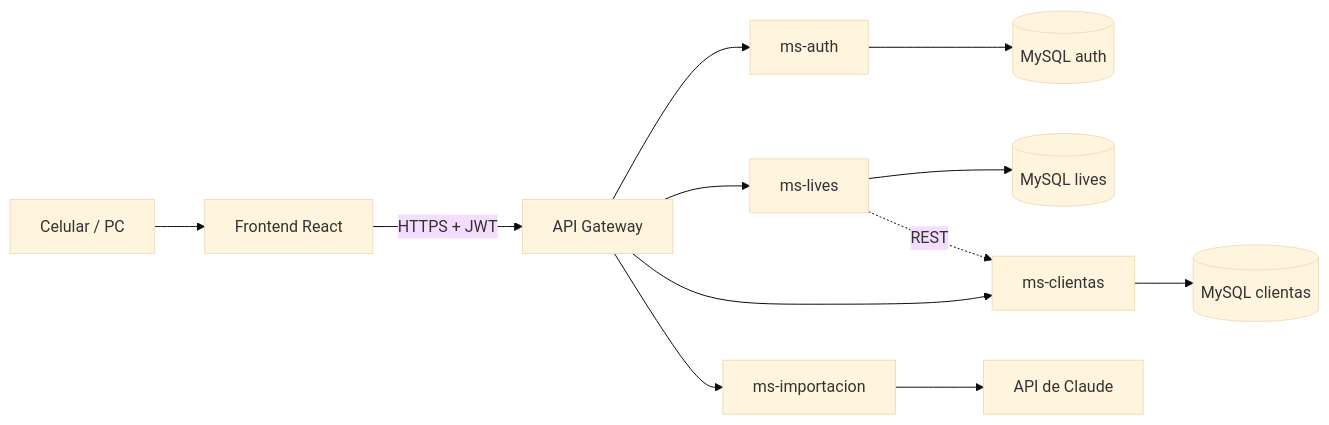
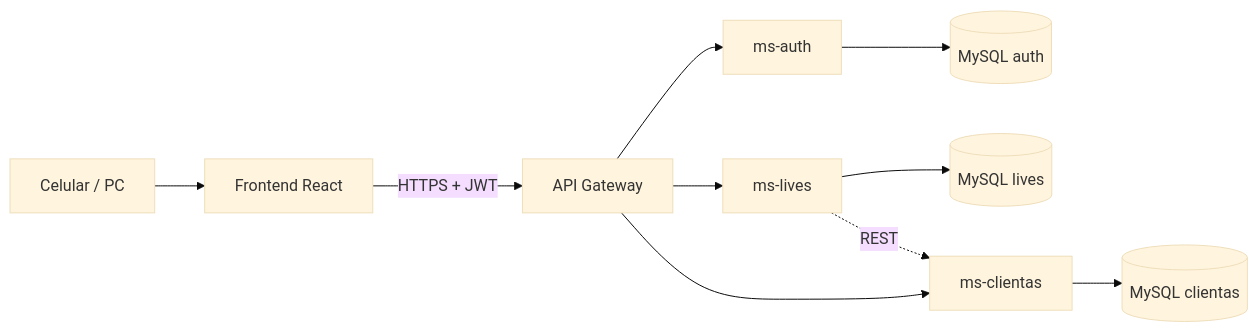
Before and after one commit to maxxrry/LivesManage: the diagram in docs/ERS.md, drawn with Mermaid (base theme). The commit also changed other lines of this file and 10 other files, not shown here.

````diff
--- a/docs/ERS.md
+++ b/docs/ERS.md
@@ -104,10 +103,9 @@
 ```mermaid
 flowchart LR
  U[Celular / PC] --> F[Frontend React]
  F -->|HTTPS + JWT| G[API Gateway]
  G --> A[ms-auth] --> DA[(MySQL auth)]
  G --> L[ms-lives] --> DL[(MySQL lives)]
  G --> C[ms-clientas] --> DC[(MySQL clientas)]
- G --> I[ms-importacion] --> V[API de Claude]
  L -. REST .-> C
 ```
````
